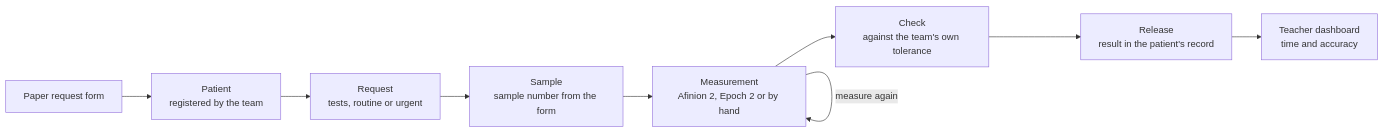
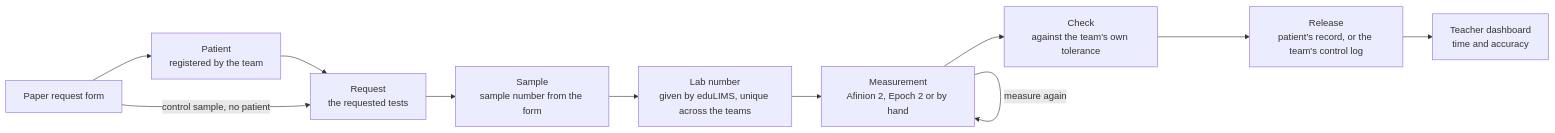
Before and after one commit to Vernum-Projecten/eduLIMS: the first of 5 diagrams in docs/lims-workflow.md, drawn with Mermaid. The commit also changed other lines of this file and 27 other files, not shown here.

First line of the commit message:
docs: the owner's answers on the lab number, the final release, control requests and what waits (#277)

````diff
--- a/docs/lims-workflow.md
+++ b/docs/lims-workflow.md
@@ -19,11 +19,13 @@
 ```mermaid
 flowchart LR
     F[Paper request form] --> P[Patient<br/>registered by the team]
-    P --> Q[Request<br/>tests, routine or urgent]
+    P --> Q[Request<br/>the requested tests]
+    F -->|control sample, no patient| Q
     Q --> S[Sample<br/>sample number from the form]
-    S --> M[Measurement<br/>Afinion 2, Epoch 2 or by hand]
+    S --> L[Lab number<br/>given by eduLIMS, unique across the teams]
+    L --> M[Measurement<br/>Afinion 2, Epoch 2 or by hand]
     M -->|measure again| M
     M --> C[Check<br/>against the team's own tolerance]
-    C --> R[Release<br/>result in the patient's record]
+    C --> R[Release<br/>patient's record, or the team's control log]
     R --> D[Teacher dashboard<br/>time and accuracy]
 ```
````
